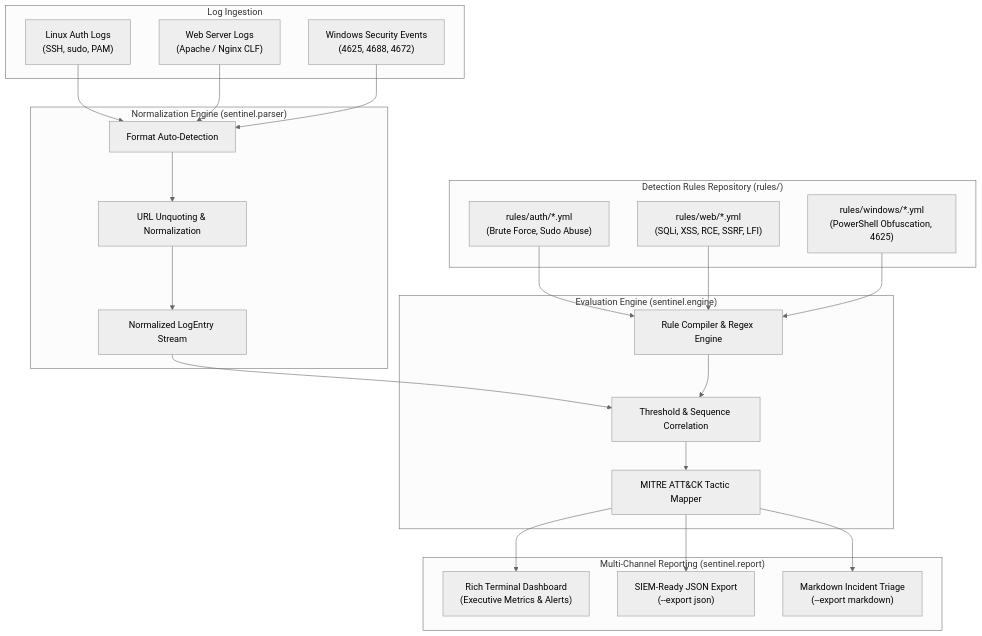
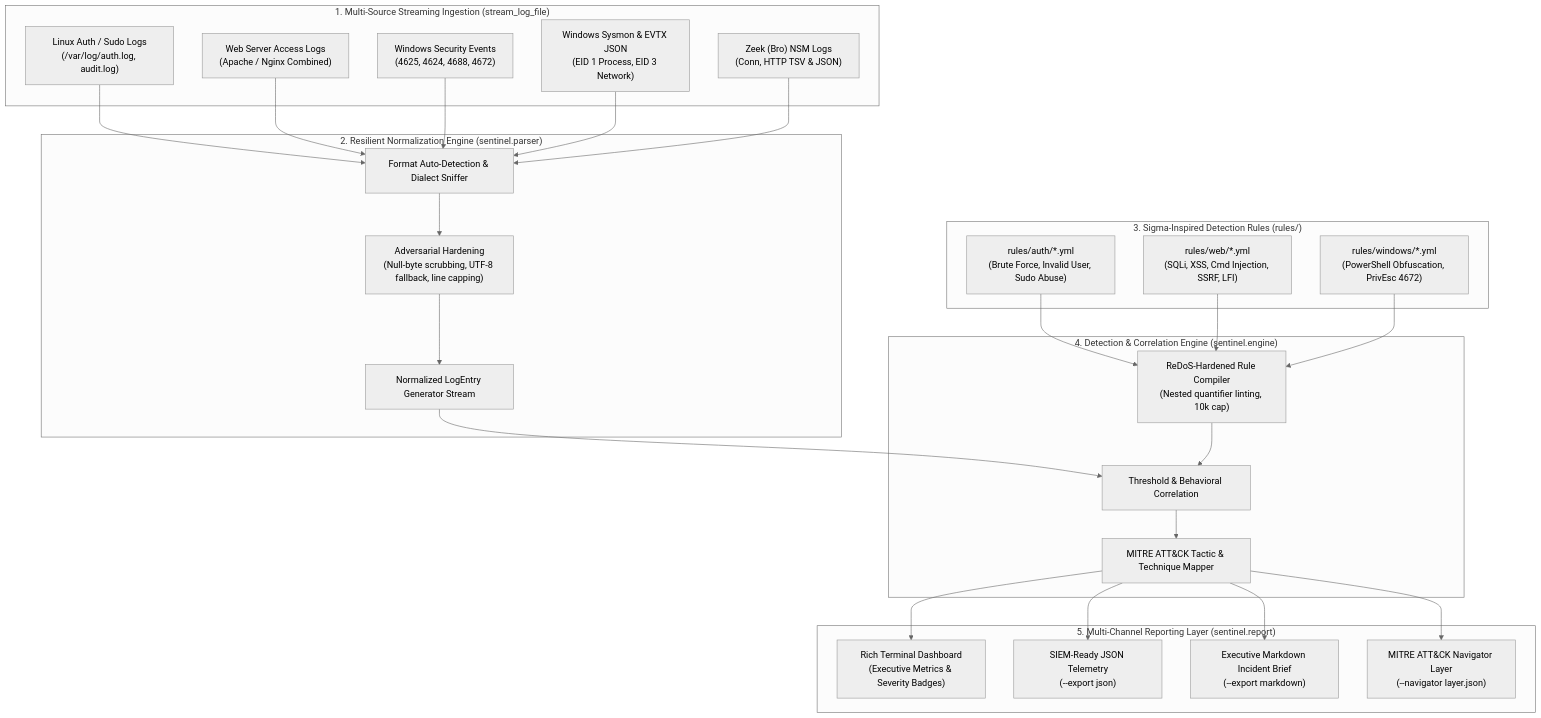
The diagram in README.md (hsan001/soc-log-sentinel), drawn with Mermaid (neutral theme) before and after one commit. The commit also changed other lines of this file and 19 other files, not shown here.

Commit message:
feat(enterprise): add streaming ingestion, ATT&CK Navigator export, parser hardening, benchmarks, and CI gate

````diff
--- a/README.md
+++ b/README.md
@@ -56,45 +25,51 @@
 ```mermaid
 flowchart TD
-    subgraph Ingestion ["Log Ingestion"]
-        L1["Linux Auth Logs<br/>(SSH, sudo, PAM)"]
-        L2["Web Server Logs<br/>(Apache / Nginx CLF)"]
-        L3["Windows Security Events<br/>(4625, 4688, 4672)"]
+    subgraph Ingestion ["1. Multi-Source Streaming Ingestion (stream_log_file)"]
+        L1["Linux Auth / Sudo Logs<br/>(/var/log/auth.log, audit.log)"]
+        L2["Web Server Access Logs<br/>(Apache / Nginx Combined)"]
+        L3["Windows Security Events<br/>(4625, 4624, 4688, 4672)"]
+        L4["Windows Sysmon & EVTX JSON<br/>(EID 1 Process, EID 3 Network)"]
+        L5["Zeek (Bro) NSM Logs<br/>(Conn, HTTP TSV & JSON)"]
     end
 
-    subgraph Parser ["Normalization Engine (sentinel.parser)"]
-        P1["Format Auto-Detection"]
-        P2["URL Unquoting & Normalization"]
-        P3["Normalized LogEntry Stream"]
+    subgraph Parser ["2. Resilient Normalization Engine (sentinel.parser)"]
+        P1["Format Auto-Detection & Dialect Sniffer"]
+        P2["Adversarial Hardening<br/>(Null-byte scrubbing, UTF-8 fallback, line capping)"]
+        P3["Normalized LogEntry Generator Stream"]
         L1 --> P1
         L2 --> P1
         L3 --> P1
+        L4 --> P1
+        L5 --> P1
         P1 --> P2 --> P3
     end
 
-    subgraph Rules ["Detection Rules Repository (rules/)"]
-        R1["rules/auth/*.yml<br/>(Brute Force, Sudo Abuse)"]
-        R2["rules/web/*.yml<br/>(SQLi, XSS, RCE, SSRF, LFI)"]
-        R3["rules/windows/*.yml<br/>(PowerShell Obfuscation, 4625)"]
+    subgraph Rules ["3. Sigma-Inspired Detection Rules (rules/)"]
+        R1["rules/auth/*.yml<br/>(Brute Force, Invalid User, Sudo Abuse)"]
+        R2["rules/web/*.yml<br/>(SQLi, XSS, Cmd Injection, SSRF, LFI)"]
+        R3["rules/windows/*.yml<br/>(PowerShell Obfuscation, PrivEsc 4672)"]
     end
 
-    subgraph Engine ["Evaluation Engine (sentinel.engine)"]
-        E1["Rule Compiler & Regex Engine"]
-        E2["Threshold & Sequence Correlation"]
-        E3["MITRE ATT&CK Tactic Mapper"]
+    subgraph Engine ["4. Detection & Correlation Engine (sentinel.engine)"]
+        E1["ReDoS-Hardened Rule Compiler<br/>(Nested quantifier linting, 10k cap)"]
+        E2["Threshold & Behavioral Correlation"]
+        E3["MITRE ATT&CK Tactic & Technique Mapper"]
         R1 --> E1
         R2 --> E1
         R3 --> E1
         P3 --> E2
         E1 --> E2
         E2 --> E3
     end
 
-    subgraph Output ["Multi-Channel Reporting (sentinel.report)"]
-        O1["Rich Terminal Dashboard<br/>(Executive Metrics & Alerts)"]
-        O2["SIEM-Ready JSON Export<br/>(--export json)"]
-        O3["Markdown Incident Triage<br/>(--export markdown)"]
+    subgraph Output ["5. Multi-Channel Reporting Layer (sentinel.report)"]
+        O1["Rich Terminal Dashboard<br/>(Executive Metrics & Severity Badges)"]
+        O2["SIEM-Ready JSON Telemetry<br/>(--export json)"]
+        O3["Executive Markdown Incident Brief<br/>(--export markdown)"]
+        O4["MITRE ATT&CK Navigator Layer<br/>(--navigator layer.json)"]
         E3 --> O1
         E3 --> O2
         E3 --> O3
+        E3 --> O4
     end
 ```
````
